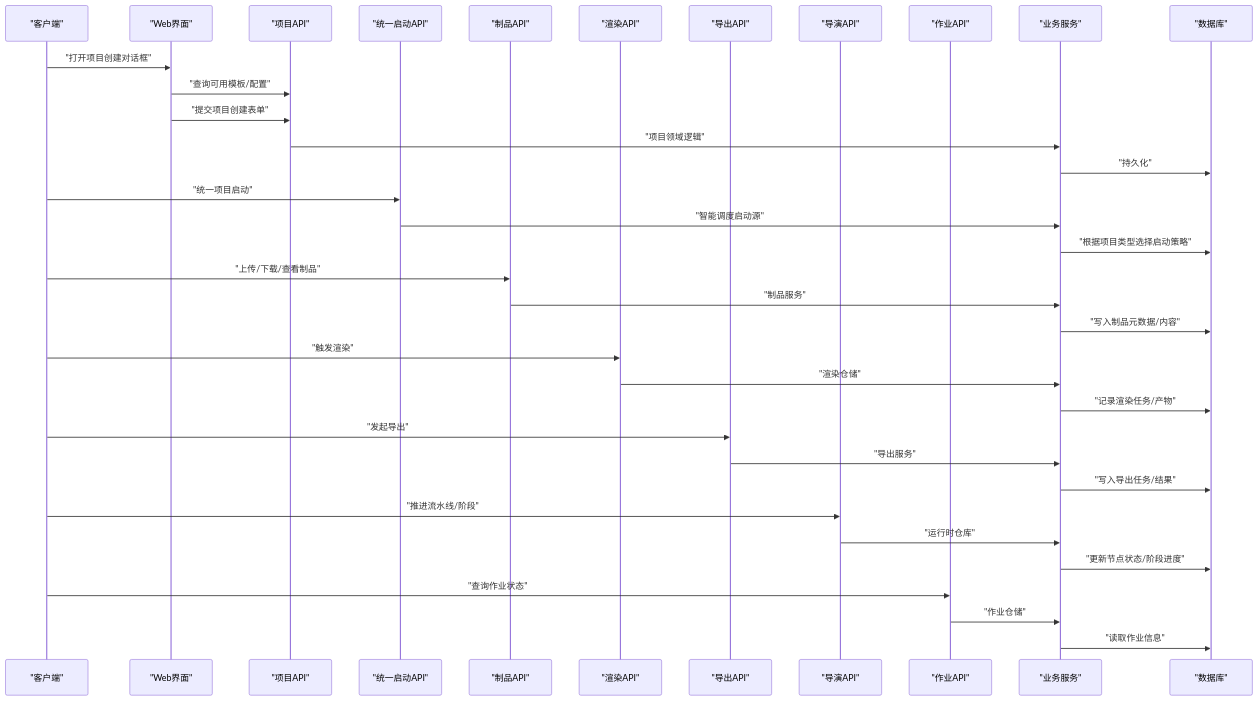
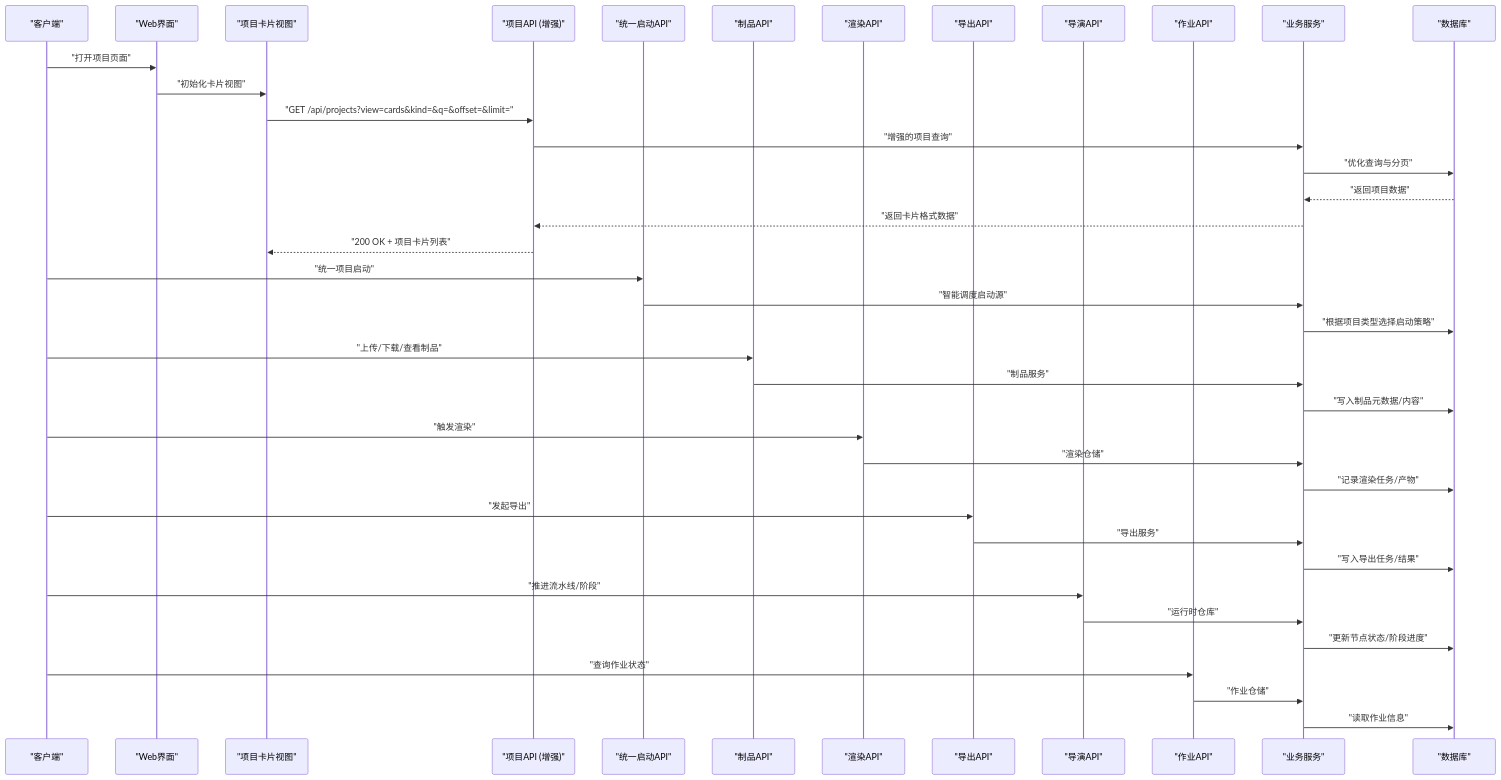
The second of 10 diagrams in .qoder/repowiki/zh/content/API参考/项目管理API.md (scottcwy/PurpleInk), drawn with Mermaid before and after one commit. The commit also changed other lines of this file and 23 other files, not shown here.

````diff
--- a/.qoder/repowiki/zh/content/API参考/项目管理API.md
+++ b/.qoder/repowiki/zh/content/API参考/项目管理API.md
@@ -139,37 +141,41 @@
 ```mermaid
 sequenceDiagram
 participant Client as "客户端"
 participant WebUI as "Web界面"
-participant Projects as "项目API"
+participant PCV as "项目卡片视图"
+participant Projects as "项目API (增强)"
 participant Start as "统一启动API"
 participant Artifacts as "制品API"
 participant Render as "渲染API"
 participant Export as "导出API"
 participant Director as "导演API"
 participant Jobs as "作业API"
 participant Svc as "业务服务"
 participant DB as "数据库"
-Client->>WebUI : "打开项目创建对话框"
-WebUI->>Projects : "查询可用模板/配置"
-WebUI->>Projects : "提交项目创建表单"
-Projects->>Svc : "项目领域逻辑"
-Svc->>DB : "持久化"
+Client->>WebUI : "打开项目页面"
+WebUI->>PCV : "初始化卡片视图"
+PCV->>Projects : "GET /api/projects?view=cards&kind=&q=&offset=&limit="
+Projects->>Svc : "增强的项目查询"
+Svc->>DB : "优化查询与分页"
+DB-->>Svc : "返回项目数据"
+Svc-->>Projects : "返回卡片格式数据"
+Projects-->>PCV : "200 OK + 项目卡片列表"
 Client->>Start : "统一项目启动"
 Start->>Svc : "智能调度启动源"
 Svc->>DB : "根据项目类型选择启动策略"
 Client->>Artifacts : "上传/下载/查看制品"
 Artifacts->>Svc : "制品服务"
 Svc->>DB : "写入制品元数据/内容"
 Client->>Render : "触发渲染"
 Render->>Svc : "渲染仓储"
 Svc->>DB : "记录渲染任务/产物"
 Client->>Export : "发起导出"
 Export->>Svc : "导出服务"
 Svc->>DB : "写入导出任务/结果"
 Client->>Director : "推进流水线/阶段"
 Director->>Svc : "运行时仓库"
 Svc->>DB : "更新节点状态/阶段进度"
 Client->>Jobs : "查询作业状态"
 Jobs->>Svc : "作业仓储"
 Svc->>DB : "读取作业信息"
 ```
````
